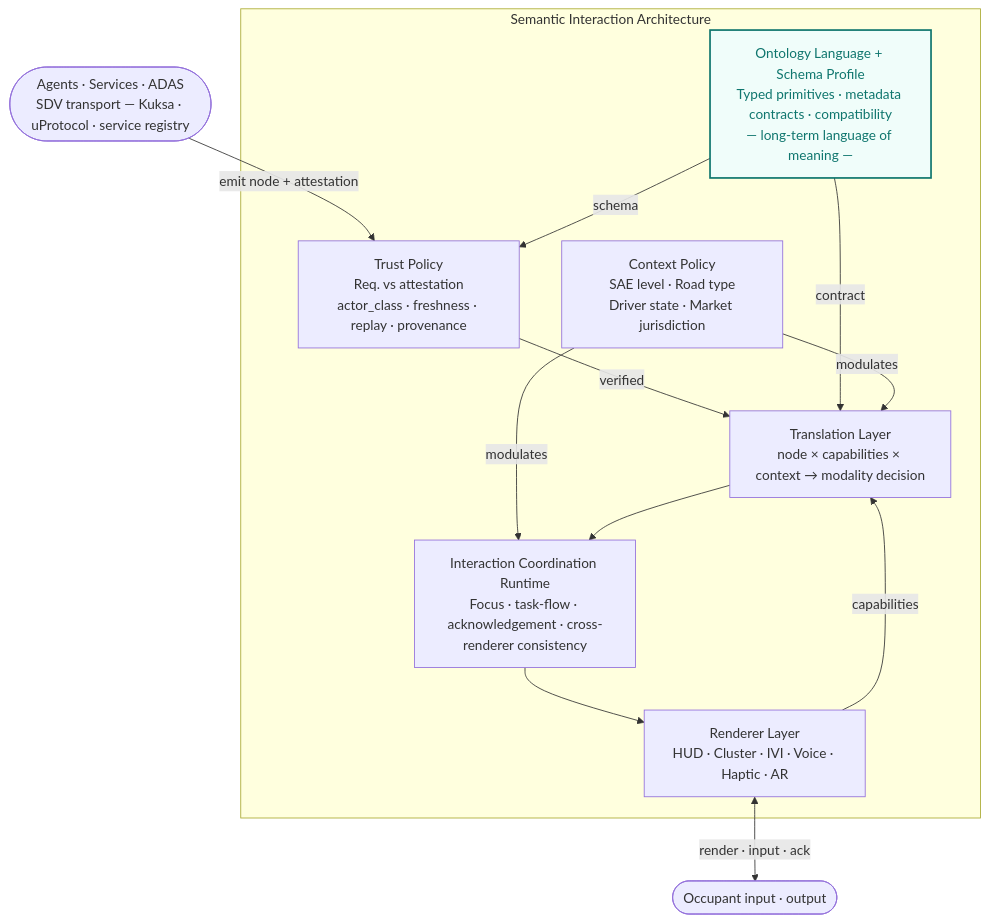
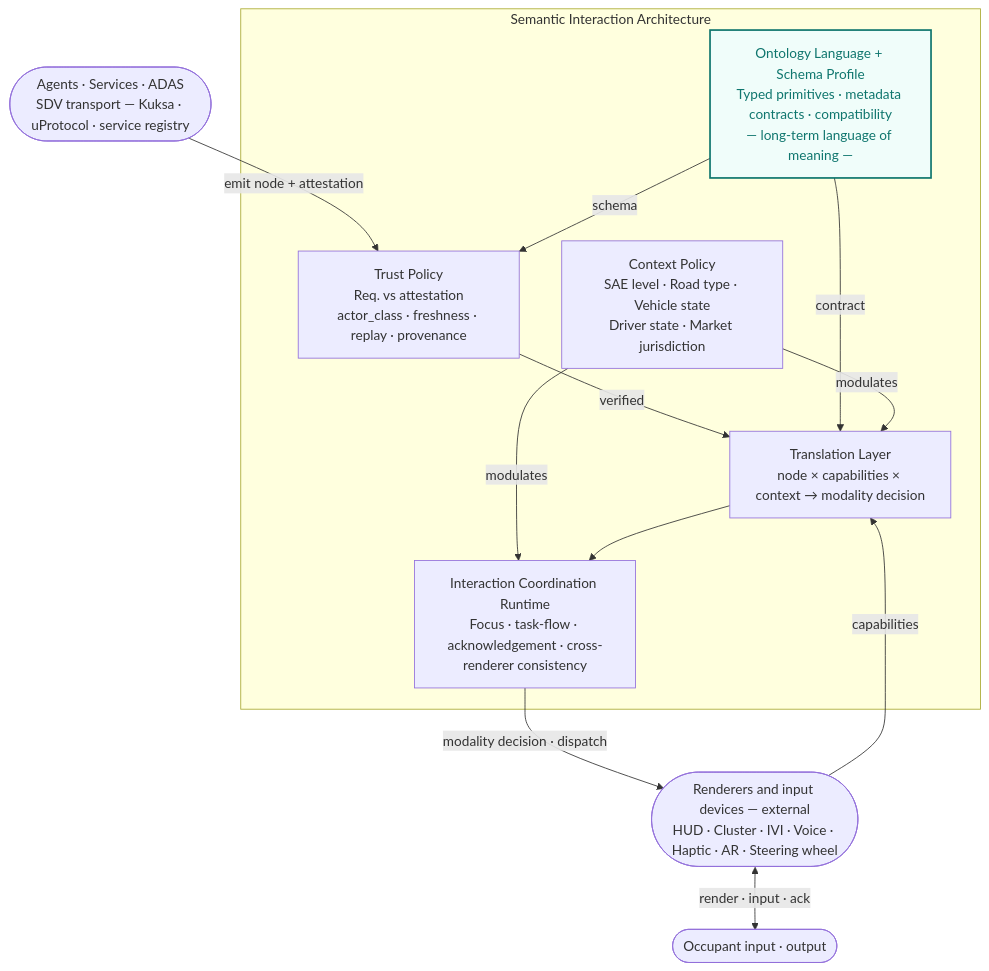
The second of 3 diagrams in 01_Semantic-Interaction-Architecture-sdv.md (yaneczech/SIA), drawn with Mermaid before and after one commit. The commit also changed other lines of this file and 5 other files, not shown here.

````diff
--- a/01_Semantic-Interaction-Architecture-sdv.md
+++ b/01_Semantic-Interaction-Architecture-sdv.md
@@ -92,27 +92,27 @@
 ```mermaid
 graph TB
     EXT2(["Agents · Services · ADAS\nSDV transport — Kuksa · uProtocol · service registry"])
+    EXT_R(["Renderers and input devices — external\nHUD · Cluster · IVI · Voice · Haptic · AR · Steering wheel"])
     EXT1(["Occupant input · output"])
 
     subgraph SIA ["Semantic Interaction Architecture"]
         O["Ontology Language + Schema Profile\nTyped primitives · metadata contracts · compatibility\n— long-term language of meaning —"]
         TL["Trust Policy\nReq. vs attestation\nactor_class · freshness · replay · provenance"]
-        CE["Context Policy\nSAE level · Road type\nDriver state · Market jurisdiction"]
+        CE["Context Policy\nSAE level · Road type · Vehicle state\nDriver state · Market jurisdiction"]
         T["Translation Layer\nnode × capabilities × context → modality decision"]
         RT["Interaction Coordination Runtime\nFocus · task-flow · acknowledgement · cross-renderer consistency"]
-        R["Renderer Layer\nHUD · Cluster · IVI · Voice · Haptic · AR"]
     end
 
     EXT2 -->|"emit node + attestation"| TL
     O -->|"schema"| TL
     TL -->|"verified"| T
     O -->|"contract"| T
-    R -->|"capabilities"| T
+    EXT_R -->|"capabilities"| T
     CE -->|"modulates"| T
     CE -->|"modulates"| RT
     T --> RT
-    RT --> R
-    R <-->|"render · input · ack"| EXT1
+    RT -->|"modality decision · dispatch"| EXT_R
+    EXT_R <-->|"render · input · ack"| EXT1
 
     style O fill:#f0fdfa,stroke:#0f766e,stroke-width:2px,color:#0f766e
 ```
````
